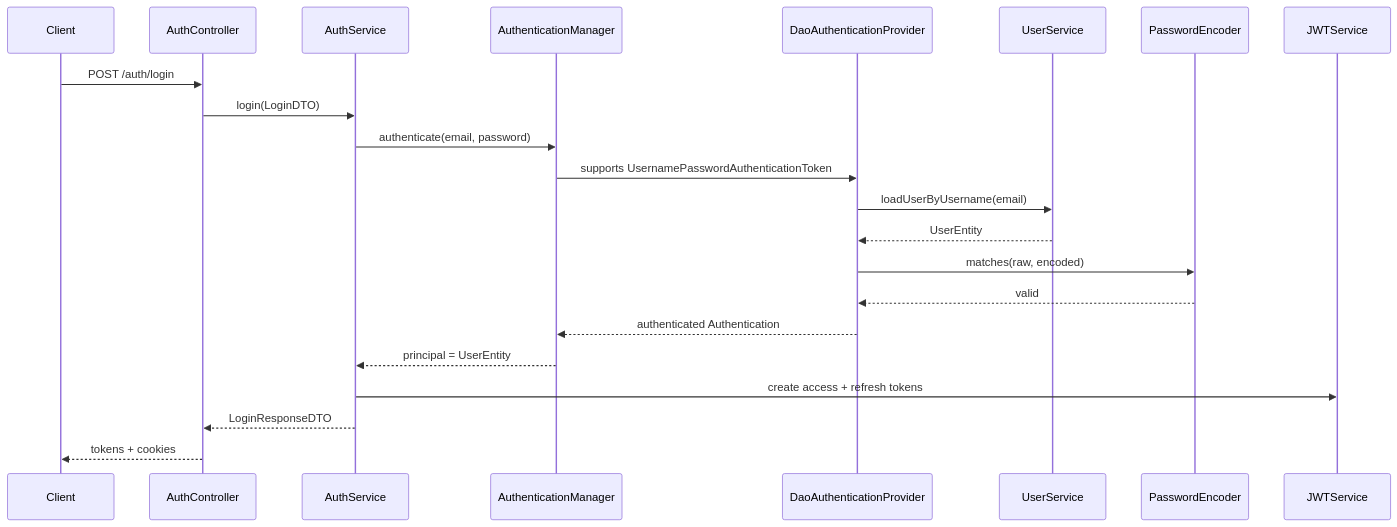
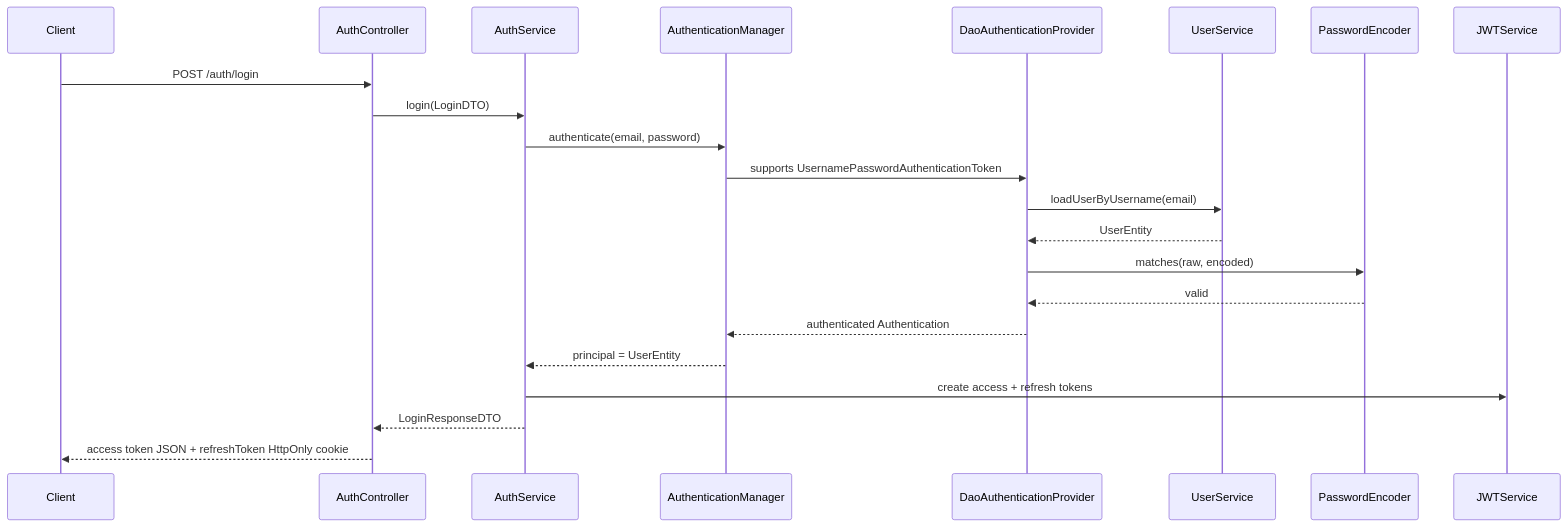
Before and after one commit to shubhgaur37/SpringBoot: the eighth of 9 diagrams in M5_Spring_Security_Demo/README.md, drawn with Mermaid. The commit also changed other lines of this file and 1 other file, not shown here.

Commit message:
Removed Adding access token to the cookie during refresh.

````diff
--- a/M5_Spring_Security_Demo/README.md
+++ b/M5_Spring_Security_Demo/README.md
@@ -484,25 +486,25 @@
 ```mermaid
 sequenceDiagram
     participant Client
     participant AuthController
     participant AuthService
     participant AuthenticationManager
     participant DaoProvider as DaoAuthenticationProvider
     participant UserService
     participant PasswordEncoder
     participant JWTService
 
     Client->>AuthController: POST /auth/login
     AuthController->>AuthService: login(LoginDTO)
     AuthService->>AuthenticationManager: authenticate(email, password)
     AuthenticationManager->>DaoProvider: supports UsernamePasswordAuthenticationToken
     DaoProvider->>UserService: loadUserByUsername(email)
     UserService-->>DaoProvider: UserEntity
     DaoProvider->>PasswordEncoder: matches(raw, encoded)
     PasswordEncoder-->>DaoProvider: valid
     DaoProvider-->>AuthenticationManager: authenticated Authentication
     AuthenticationManager-->>AuthService: principal = UserEntity
     AuthService->>JWTService: create access + refresh tokens
     AuthService-->>AuthController: LoginResponseDTO
-    AuthController-->>Client: tokens + cookies
+    AuthController-->>Client: access token JSON + refreshToken HttpOnly cookie
 ```
````
